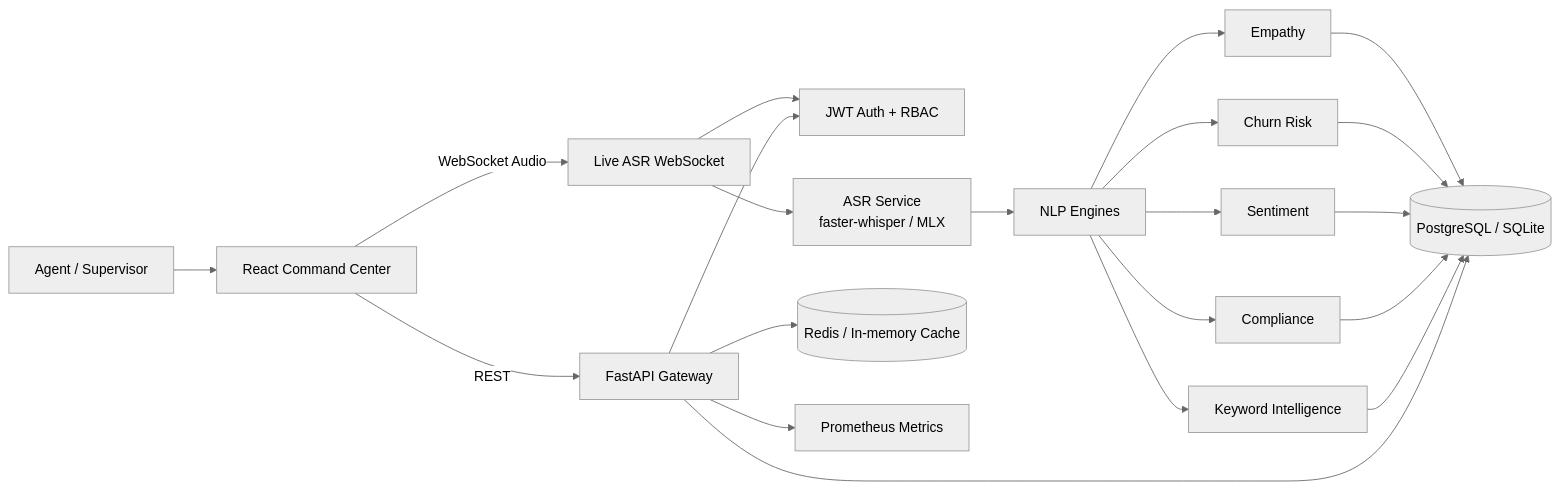
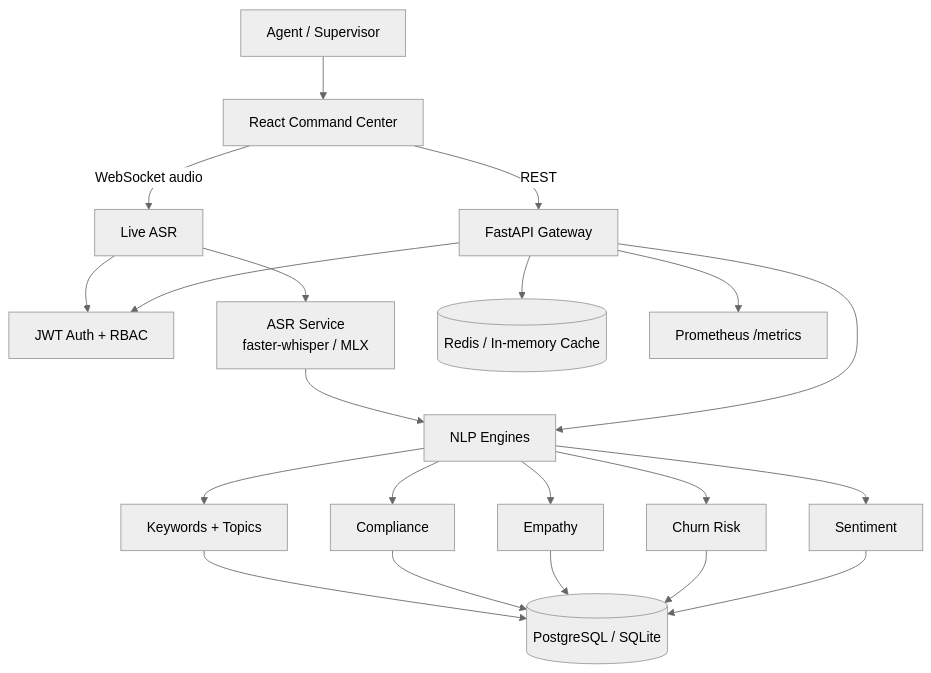
Before and after one commit to ardamoustafa1/ASR-Automatic-Speech-Recognition-: the second of 2 diagrams in README.md, drawn with Mermaid (neutral theme). The commit also changed other lines of this file and 1 other file, not shown here.

````diff
--- a/README.md
+++ b/README.md
@@ -112,28 +89,28 @@
 ```mermaid
-flowchart LR
+flowchart TB
     User["Agent / Supervisor"] --> UI["React Command Center"]
     UI -->|"REST"| API["FastAPI Gateway"]
-    UI -->|"WebSocket Audio"| WS["Live ASR WebSocket"]
+    UI -->|"WebSocket audio"| WS["Live ASR"]
 
     API --> Auth["JWT Auth + RBAC"]
     WS --> Auth
 
     WS --> ASR["ASR Service<br/>faster-whisper / MLX"]
-    ASR --> NLP["NLP Engines"]
+    API --> NLP["NLP Engines"]
+    ASR --> NLP
 
     NLP --> Sentiment["Sentiment"]
     NLP --> Churn["Churn Risk"]
     NLP --> Empathy["Empathy"]
     NLP --> Compliance["Compliance"]
-    NLP --> Keywords["Keyword Intelligence"]
+    NLP --> Keywords["Keywords + Topics"]
 
-    API --> DB[("PostgreSQL / SQLite")]
-    Keywords --> DB
-    Compliance --> DB
-    Sentiment --> DB
+    Sentiment --> DB[("PostgreSQL / SQLite")]
     Churn --> DB
     Empathy --> DB
+    Compliance --> DB
+    Keywords --> DB
 
     API --> Cache[("Redis / In-memory Cache")]
-    API --> Metrics["Prometheus Metrics"]
+    API --> Metrics["Prometheus /metrics"]
 ```
````
